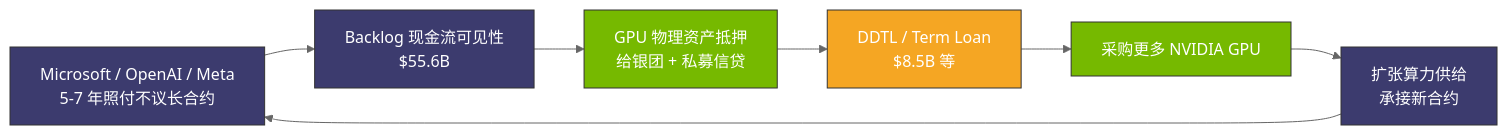
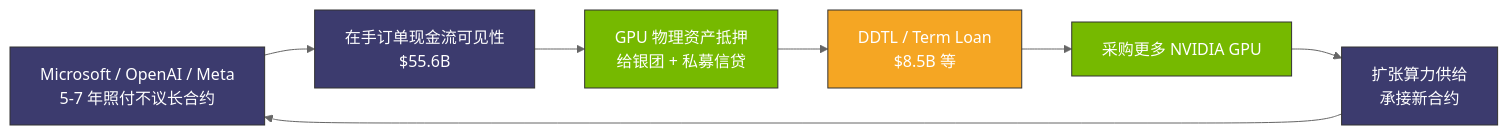
One commit to diguike/book-compute-economics changed the sixth of 7 diagrams in book/16-gpu-cloud-anatomy/README.md. Above: the diagram before and after it, drawn with Mermaid (neutral theme). The commit also changed other lines of this file and 14 other files, not shown here.

````diff
--- a/book/16-gpu-cloud-anatomy/README.md
+++ b/book/16-gpu-cloud-anatomy/README.md
@@ -425,16 +425,16 @@
 ```mermaid
 graph LR
-    A[Microsoft / OpenAI / Meta<br/>5-7 年照付不议长合约] --> B[Backlog 现金流可见性<br/>$55.6B]
+    A[Microsoft / OpenAI / Meta<br/>5-7 年照付不议长合约] --> B[在手订单现金流可见性<br/>$55.6B]
     B --> C[GPU 物理资产抵押<br/>给银团 + 私募信贷]
     C --> D[DDTL / Term Loan<br/>$8.5B 等]
     D --> E[采购更多 NVIDIA GPU]
     E --> F[扩张算力供给<br/>承接新合约]
     F --> A
 
     classDef contract fill:#3C3B6E,stroke:#333,color:#fff
     classDef asset fill:#76B900,stroke:#333,color:#fff
     classDef debt fill:#F5A623,stroke:#333,color:#fff
     class A,B,F contract
     class C,E asset
     class D debt
 ```
````
